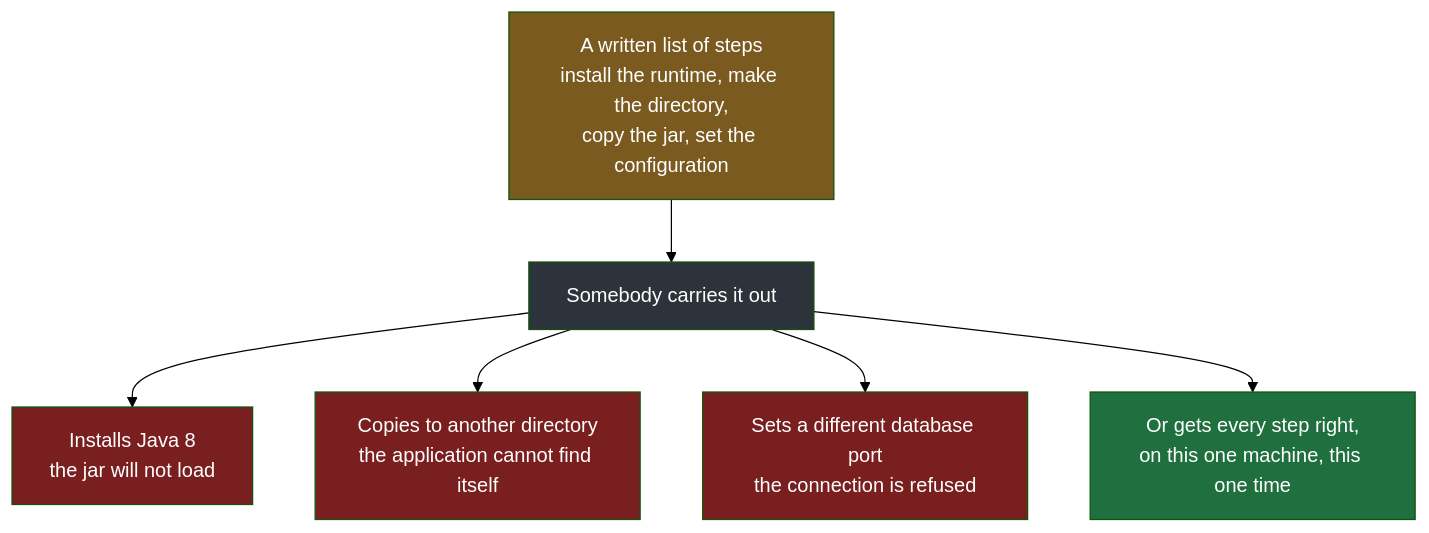
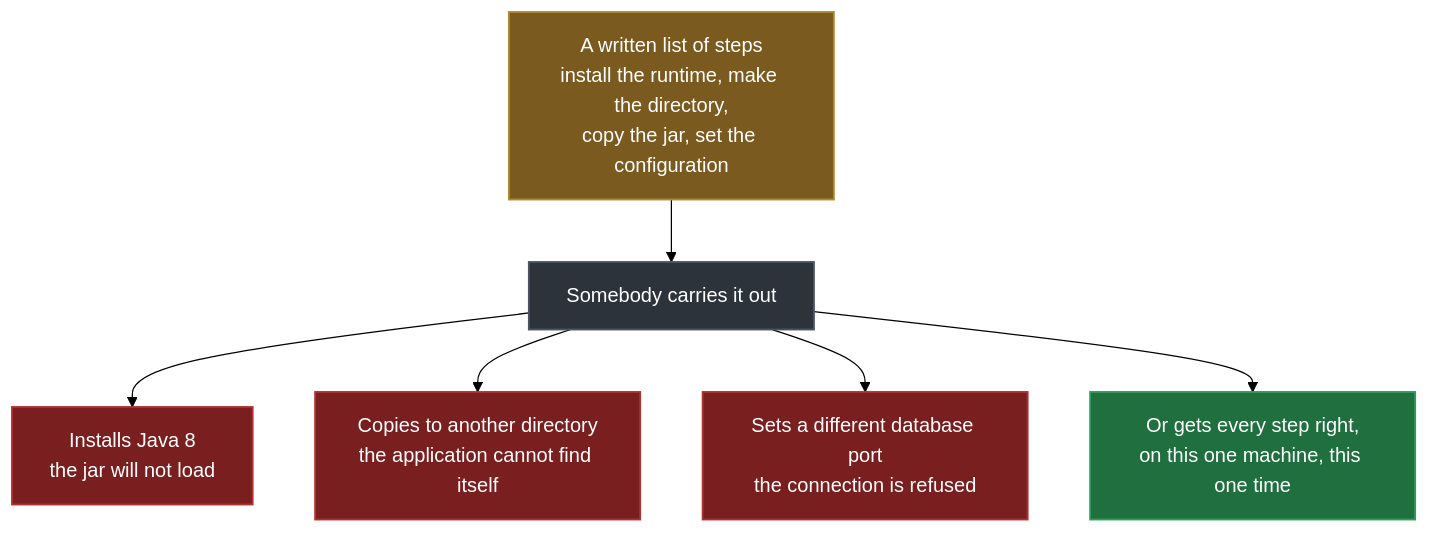
The first of 5 diagrams in Devops/07-Docker/03-The-Dockerfile.md (Dummy-Bug/system-design-handbook), drawn with Mermaid (forest theme) before and after one commit. The commit also changed other lines of this file and 5 other files, not shown here.

````diff
--- a/Devops/07-Docker/03-The-Dockerfile.md
+++ b/Devops/07-Docker/03-The-Dockerfile.md
@@ -22,14 +22,16 @@
 ```mermaid
 flowchart TB
     LIST["A written list of steps<br/>install the runtime, make the directory,<br/>copy the jar, set the configuration"] --> P["Somebody carries it out"]
     P --> W1["Installs Java 8<br/>the jar will not load"]
     P --> W2["Copies to another directory<br/>the application cannot find itself"]
     P --> W3["Sets a different database port<br/>the connection is refused"]
     P --> OK["Or gets every step right,<br/>on this one machine, this one time"]
-    style LIST fill:#7a5a1f,color:#fff
-    style P fill:#2d333b,color:#fff
-    style W1 fill:#7a1f1f,color:#fff
-    style W2 fill:#7a1f1f,color:#fff
-    style W3 fill:#7a1f1f,color:#fff
-    style OK fill:#1f6f3f,color:#fff
+    classDef good fill:#1f6f3f,stroke:#2e9c5a,stroke-width:1.5px,color:#fff
+    classDef broken fill:#7a1f1f,stroke:#b03030,stroke-width:1.5px,color:#fff
+    classDef step fill:#7a5a1f,stroke:#b08a2e,stroke-width:1.5px,color:#fff
+    classDef actor fill:#2d333b,stroke:#4b5563,stroke-width:1.5px,color:#fff
+    class OK good
+    class W1,W2,W3 broken
+    class LIST step
+    class P actor
 ```
````
